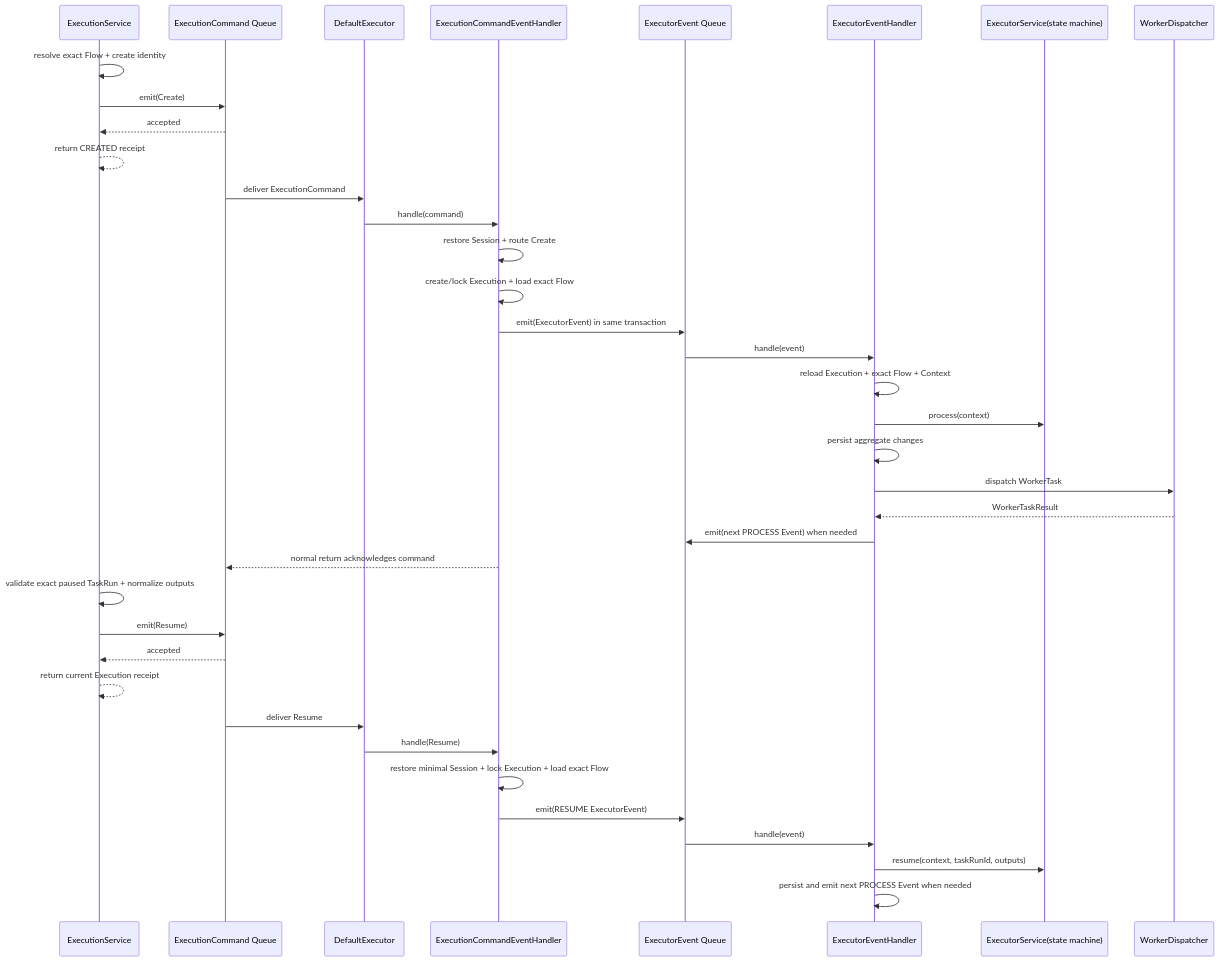
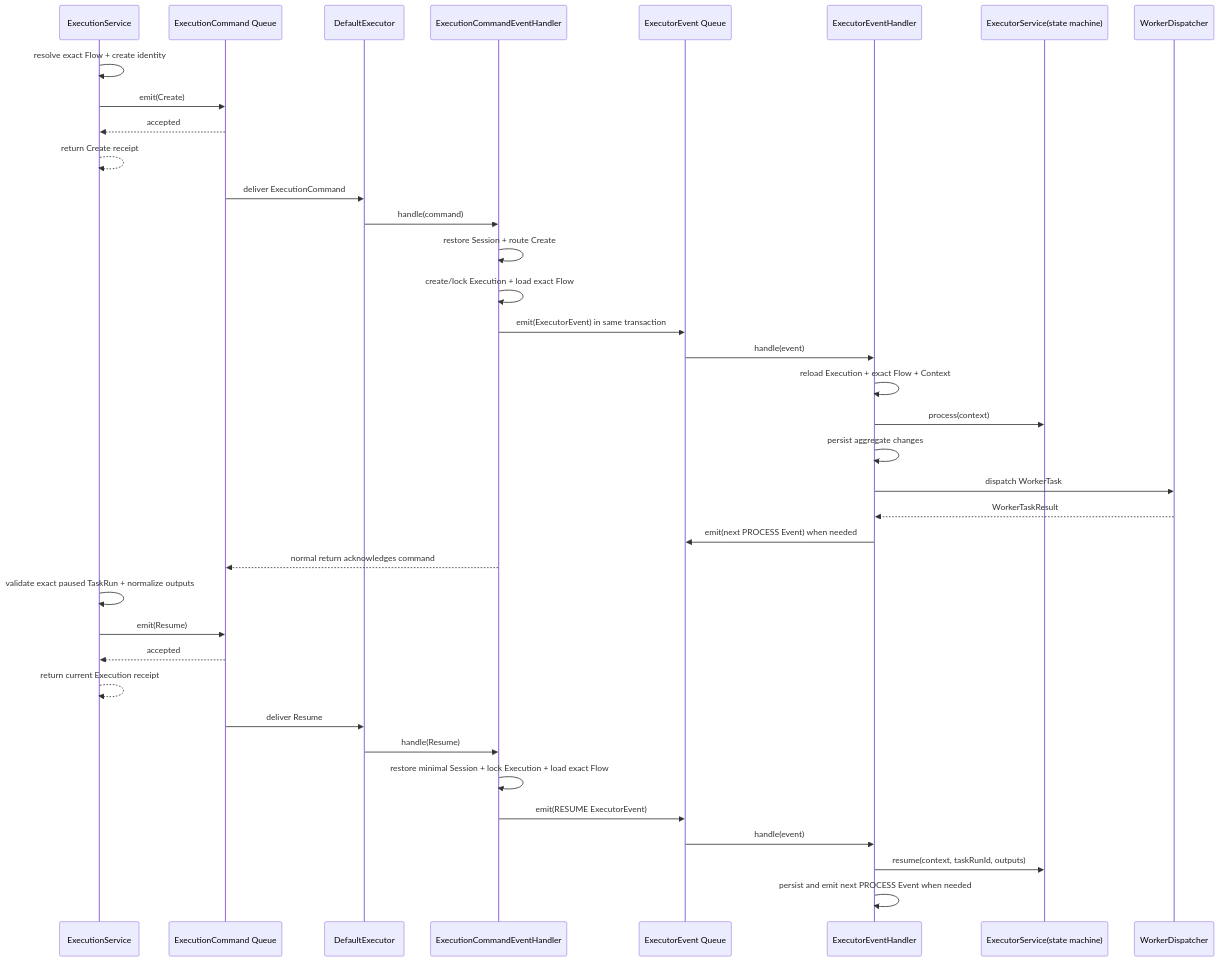
The diagram in docs/decisions/0051-start-executions-through-dispatch-queue.md (Eiddy5/flow), drawn with Mermaid before and after one commit. The commit also changed other lines of this file and 183 other files, not shown here.

````diff
--- a/docs/decisions/0051-start-executions-through-dispatch-queue.md
+++ b/docs/decisions/0051-start-executions-through-dispatch-queue.md
@@ -107,41 +107,41 @@
 ```mermaid
 sequenceDiagram
     participant S as ExecutionService
     participant Q as ExecutionCommand Queue
     participant D as DefaultExecutor
     participant H as ExecutionCommandEventHandler
     participant Q2 as ExecutorEvent Queue
     participant R as ExecutorEventHandler
     participant E as ExecutorService(state machine)
     participant W as WorkerDispatcher
 
     S->>S: resolve exact Flow + create identity
     S->>Q: emit(Create)
     Q-->>S: accepted
-    S-->>S: return CREATED receipt
+    S-->>S: return Create receipt
     Q->>D: deliver ExecutionCommand
     D->>H: handle(command)
     H->>H: restore Session + route Create
     H->>H: create/lock Execution + load exact Flow
     H->>Q2: emit(ExecutorEvent) in same transaction
     Q2->>R: handle(event)
     R->>R: reload Execution + exact Flow + Context
     R->>E: process(context)
     R->>R: persist aggregate changes
     R->>W: dispatch WorkerTask
     W-->>R: WorkerTaskResult
     R->>Q2: emit(next PROCESS Event) when needed
     H-->>Q: normal return acknowledges command
 
     S->>S: validate exact paused TaskRun + normalize outputs
     S->>Q: emit(Resume)
     Q-->>S: accepted
     S-->>S: return current Execution receipt
     Q->>D: deliver Resume
     D->>H: handle(Resume)
     H->>H: restore minimal Session + lock Execution + load exact Flow
     H->>Q2: emit(RESUME ExecutorEvent)
     Q2->>R: handle(event)
     R->>E: resume(context, taskRunId, outputs)
     R->>R: persist and emit next PROCESS Event when needed
 ```
````
